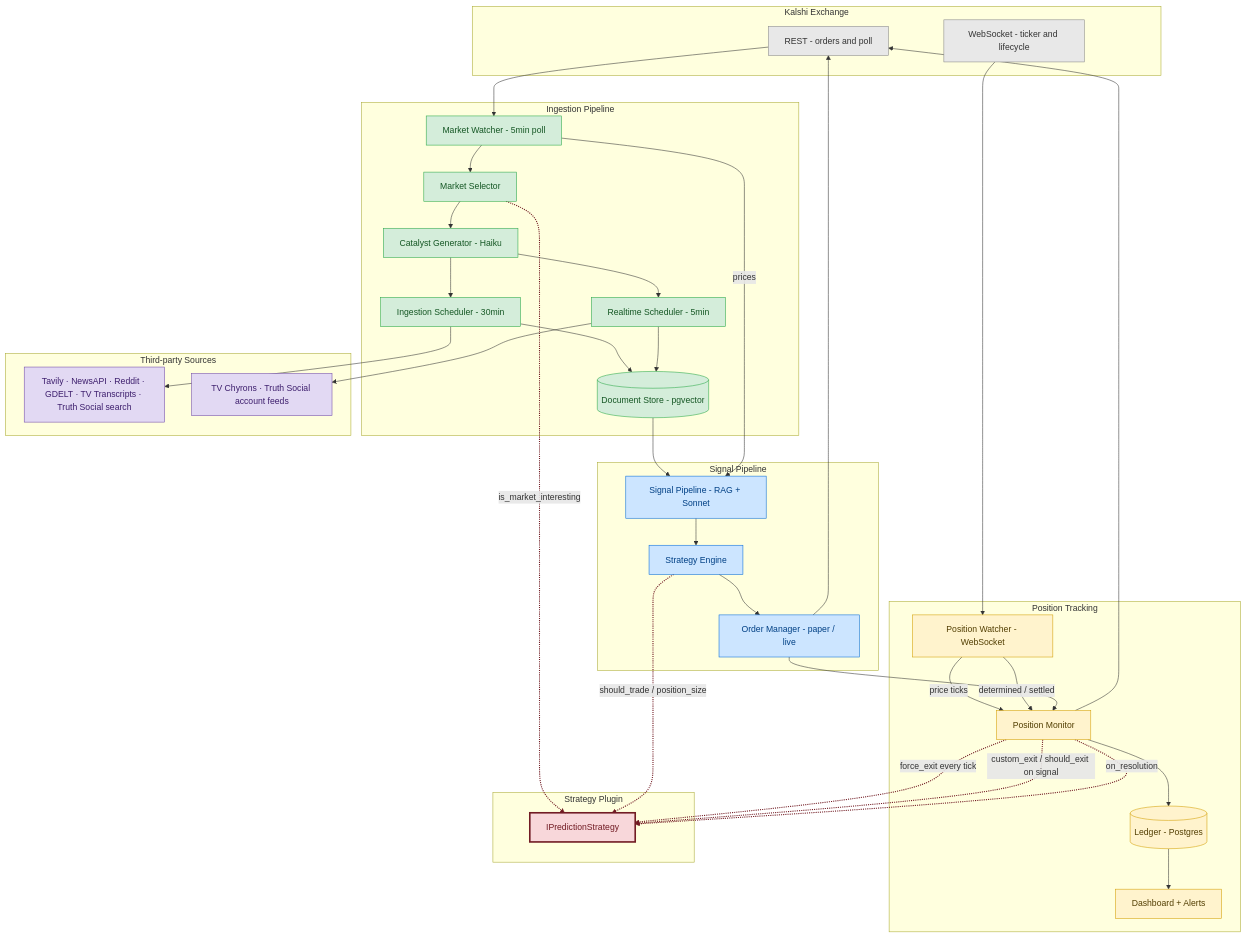
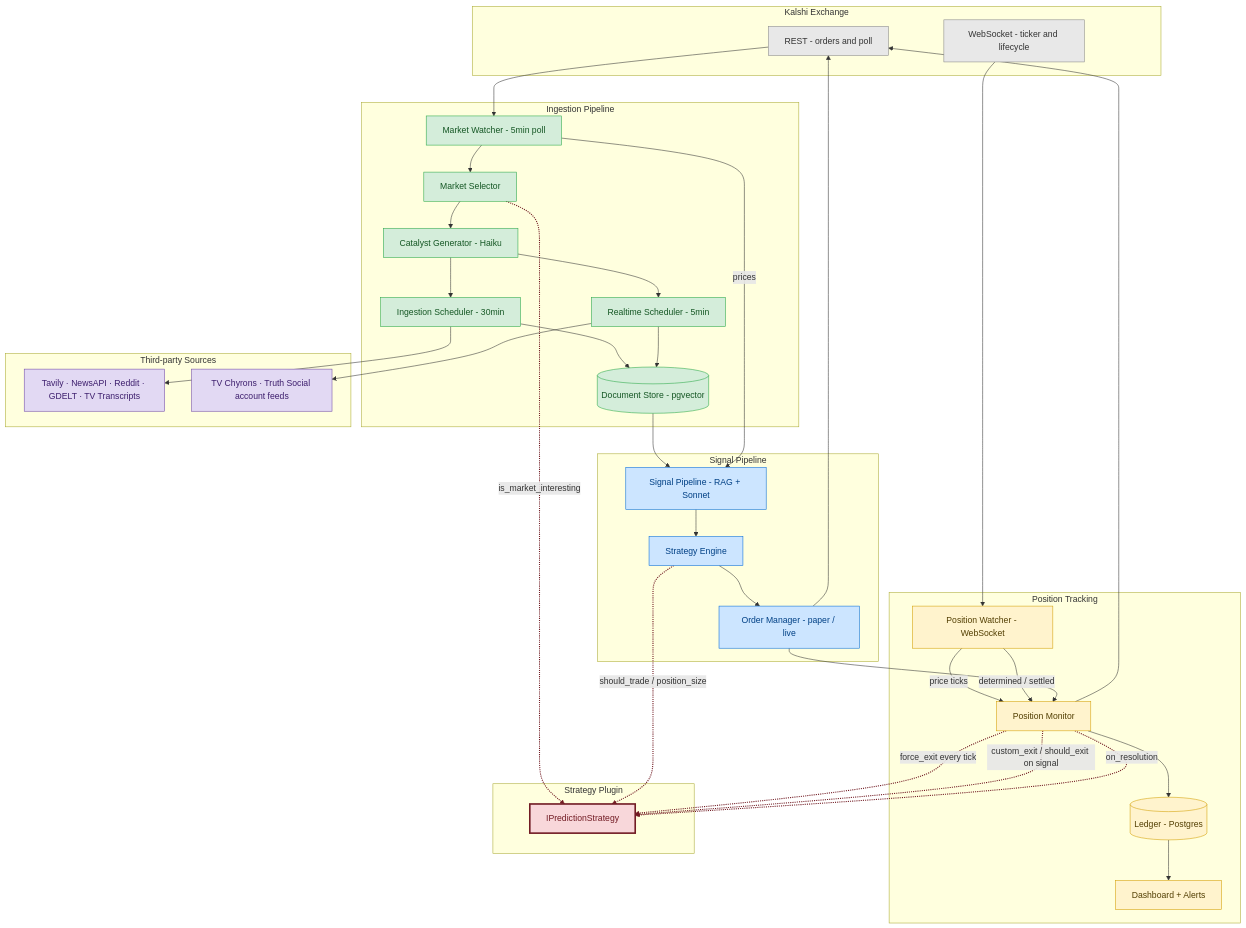
The diagram in README.md (ostersc/freqpred), drawn with Mermaid before and after one commit. The commit also changed 1 other file, not shown here.

Commit message:
Remove Truth Social search mode — only account feed mode is implemented
The search mode (fetch_search, catalyst-driven, 30min scheduler) was
never wired up in scheduler.py. Only account feed mode in realtime_scheduler
is active. Update README diagram node and three SPEC.md references.

```diff
--- a/README.md
+++ b/README.md
@@ -109,7 +109,7 @@
     end
 
     subgraph Sources[Third-party Sources]
-        IS_SRC[Tavily · NewsAPI · Reddit · GDELT · TV Transcripts · Truth Social search]
+        IS_SRC[Tavily · NewsAPI · Reddit · GDELT · TV Transcripts]
         RS_SRC[TV Chyrons · Truth Social account feeds]
     end
 
```
